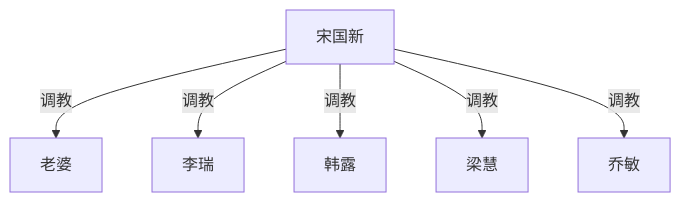
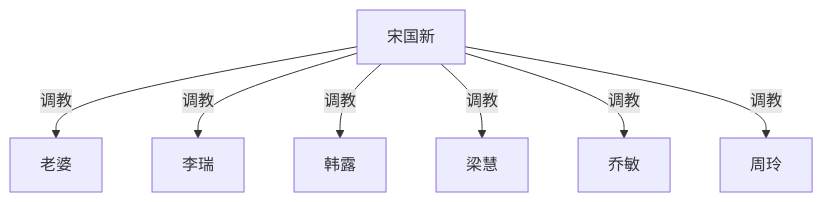
One commit to victor-w-ma/victor-w-ma.github.io changed the diagram in _posts/ideas/cuckold-slave-continuation-plan.md. Above: the diagram before and after it, drawn with Mermaid. The commit also changed other lines of this file, not shown here.

First line of the commit message:
Make Song absolute at home and Zhou Ling afraid of losing him.

````diff
--- a/_posts/ideas/cuckold-slave-continuation-plan.md
+++ b/_posts/ideas/cuckold-slave-continuation-plan.md
@@ -23,14 +23,16 @@
 ```mermaid
 graph TD
  song["宋国新"]
  wife["老婆"]
  li["李瑞"]
  hanlu["韩露"]
  lianghui["梁慧"]
  qiaomin["乔敏"]
+ zhouling["周玲"]
  song -->|调教| wife
  song -->|调教| li
  song -->|调教| hanlu
  song -->|调教| lianghui
  song -->|调教| qiaomin
+ song -->|调教| zhouling
 ```
````
